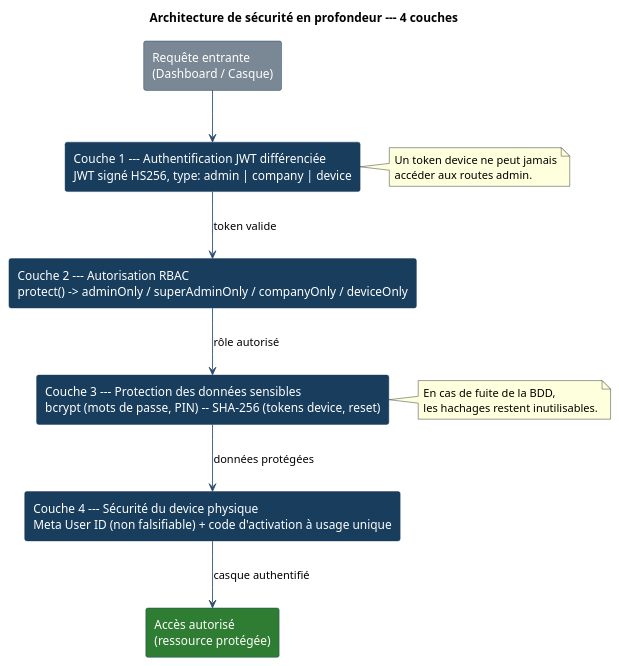
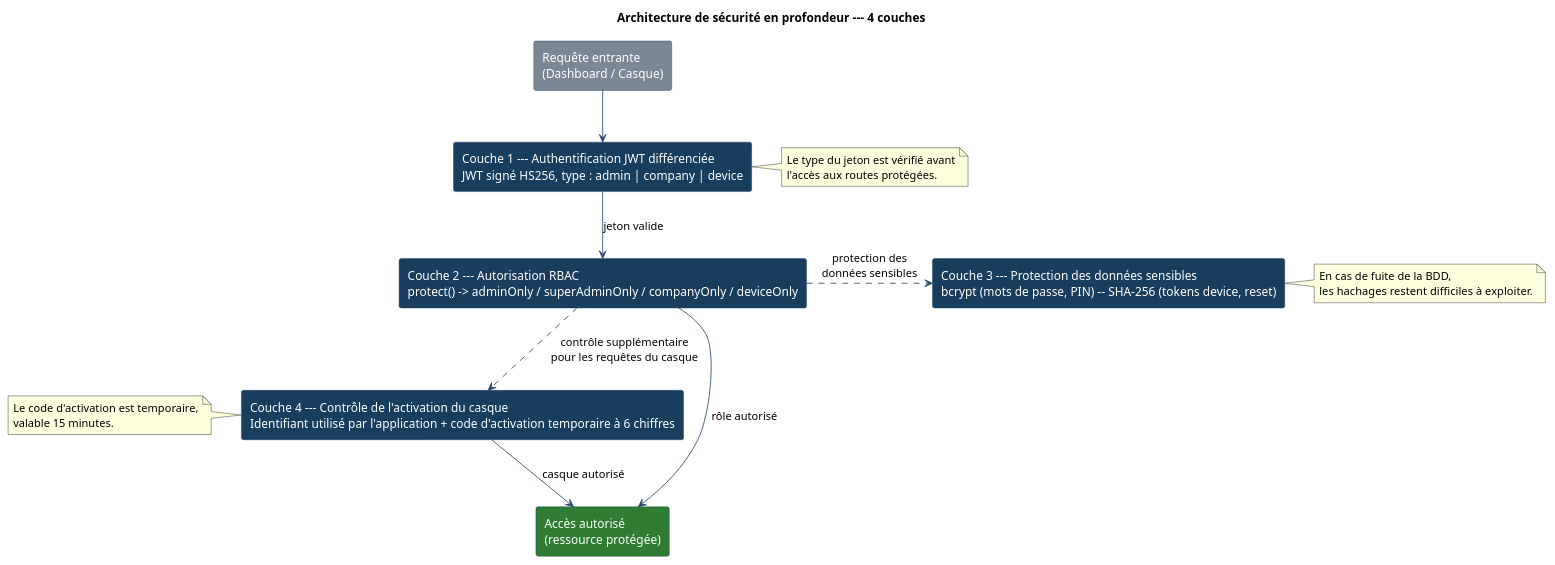
The diagram in PUML/securite_4couches.puml (sayenjabo/TynassIt_PFE), drawn with PlantUML before and after one commit. The commit also changed 70 other files, not shown here.

```diff
--- a/PUML/securite_4couches.puml
+++ b/PUML/securite_4couches.puml
@@ -1,30 +1,41 @@
 @startuml Securite_4_couches
-' Architecture de sécurité à 4 couches --- Immersio
+
 skinparam shadowing false
 skinparam defaultFontName Helvetica
 skinparam ArrowColor #2B4B6F
+
 skinparam rectangle {
   BorderColor #183D5D
   FontColor #FFFFFF
 }
 
 title Architecture de sécurité en profondeur --- 4 couches
 
 rectangle "Requête entrante\n(Dashboard / Casque)" as Req #7A8794
 
-rectangle "Couche 1 --- Authentification JWT différenciée\nJWT signé HS256, type: admin | company | device" as C1 #183D5D
+rectangle "Couche 1 --- Authentification JWT différenciée\nJWT signé HS256, type : admin | company | device" as C1 #183D5D
+
 rectangle "Couche 2 --- Autorisation RBAC\nprotect() -> adminOnly / superAdminOnly / companyOnly / deviceOnly" as C2 #183D5D
+
 rectangle "Couche 3 --- Protection des données sensibles\nbcrypt (mots de passe, PIN) -- SHA-256 (tokens device, reset)" as C3 #183D5D
-rectangle "Couche 4 --- Sécurité du device physique\nMeta User ID (non falsifiable) + code d'activation à usage unique" as C4 #183D5D
+
+rectangle "Couche 4 --- Contrôle de l'activation du casque\nIdentifiant utilisé par l'application + code d'activation temporaire à 6 chiffres" as C4 #183D5D
 
 rectangle "Accès autorisé\n(ressource protégée)" as OK #2E7D32
 
-Req  --> C1
-C1 --> C2 : token valide
-C2 --> C3 : rôle autorisé
-C3 --> C4 : données protégées
-C4 --> OK : casque authentifié
+Req --> C1
+C1 --> C2 : jeton valide
+C2 --> OK : rôle autorisé
 
-note right of C1 : Un token device ne peut jamais\naccéder aux routes admin.
-note right of C3 : En cas de fuite de la BDD,\nles hachages restent inutilisables.
+C2 .> C3 : protection des\ndonnées sensibles
+C2 ..> C4 : contrôle supplémentaire\npour les requêtes du casque
+
+C4 --> OK : casque autorisé
+
+note right of C1 : Le type du jeton est vérifié avant\nl'accès aux routes protégées.
+
+note right of C3 : En cas de fuite de la BDD,\nles hachages restent difficiles à exploiter.
+
+note left of C4 : Le code d'activation est temporaire,\nvalable 15 minutes.
+
 @enduml
```
